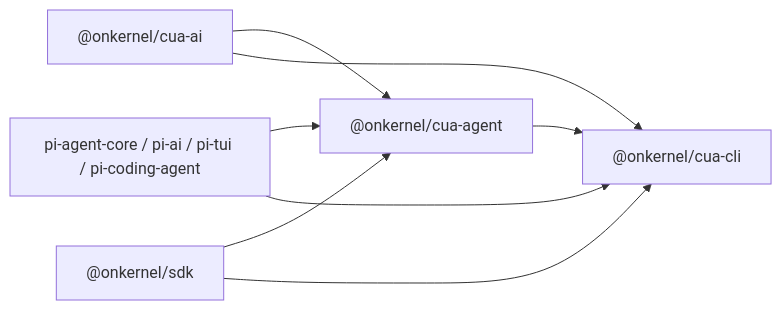
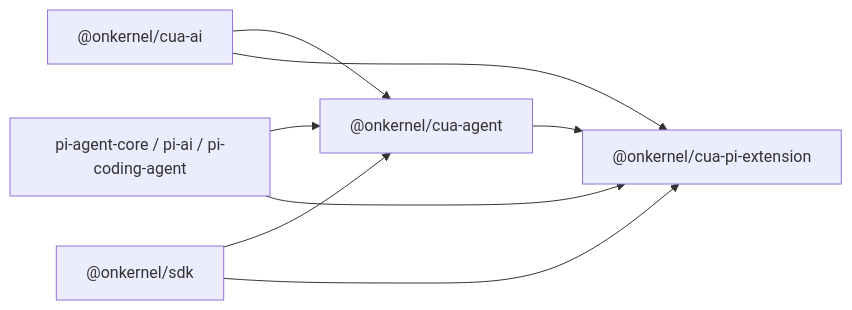
Before and after one commit to kernel/browser-loop: the diagram in docs/architecture.md, drawn with Mermaid. The commit also changed other lines of this file and 89 other files, not shown here.

````diff
--- a/docs/architecture.md
+++ b/docs/architecture.md
@@ -39,15 +38,15 @@
 ```mermaid
 flowchart LR
   ai["@onkernel/cua-ai"]
   agent["@onkernel/cua-agent"]
-  cli["@onkernel/cua-cli"]
-  pi["pi-agent-core / pi-ai / pi-tui / pi-coding-agent"]
+  ext["@onkernel/cua-pi-extension"]
+  pi["pi-agent-core / pi-ai / pi-coding-agent"]
   sdk["@onkernel/sdk"]
   ai --> agent
-  agent --> cli
-  ai --> cli
+  agent --> ext
+  ai --> ext
   pi --> agent
-  pi --> cli
+  pi --> ext
   sdk --> agent
-  sdk --> cli
+  sdk --> ext
 ```
````
